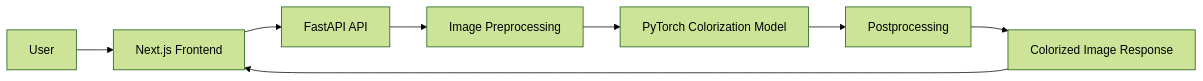
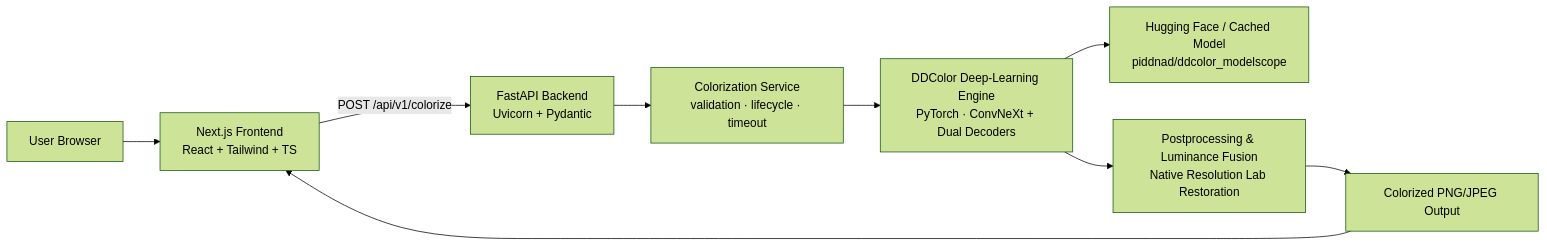
The first of 2 diagrams in colorrevive/docs/architecture.md (sevenfuckinghell/aicolorization), drawn with Mermaid (forest theme) before and after one commit. The commit also changed other lines of this file and 40 other files, not shown here.

First line of the commit message:
feat: integrate pretrained DDColor neural colorization and enhance color fidelity

````diff
--- a/colorrevive/docs/architecture.md
+++ b/colorrevive/docs/architecture.md
@@ -9,10 +7,11 @@
 ```mermaid
 flowchart LR
-    U[User] --> F[Next.js Frontend]
-    F --> A[FastAPI API]
-    A --> P[Image Preprocessing]
-    P --> M[PyTorch Colorization Model]
-    M --> Q[Postprocessing]
-    Q --> R[Colorized Image Response]
+    U[User Browser] --> F[Next.js Frontend<br/>React + Tailwind + TS]
+    F -- "POST /api/v1/colorize" --> A[FastAPI Backend<br/>Uvicorn + Pydantic]
+    A --> S[Colorization Service<br/>validation · lifecycle · timeout]
+    S --> E[DDColor Deep-Learning Engine<br/>PyTorch · ConvNeXt + Dual Decoders]
+    E --> H[Hugging Face / Cached Model<br/>piddnad/ddcolor_modelscope]
+    E --> P[Postprocessing & Luminance Fusion<br/>Native Resolution Lab Restoration]
+    P --> R[Colorized PNG/JPEG Output]
     R --> F
 ```
````
